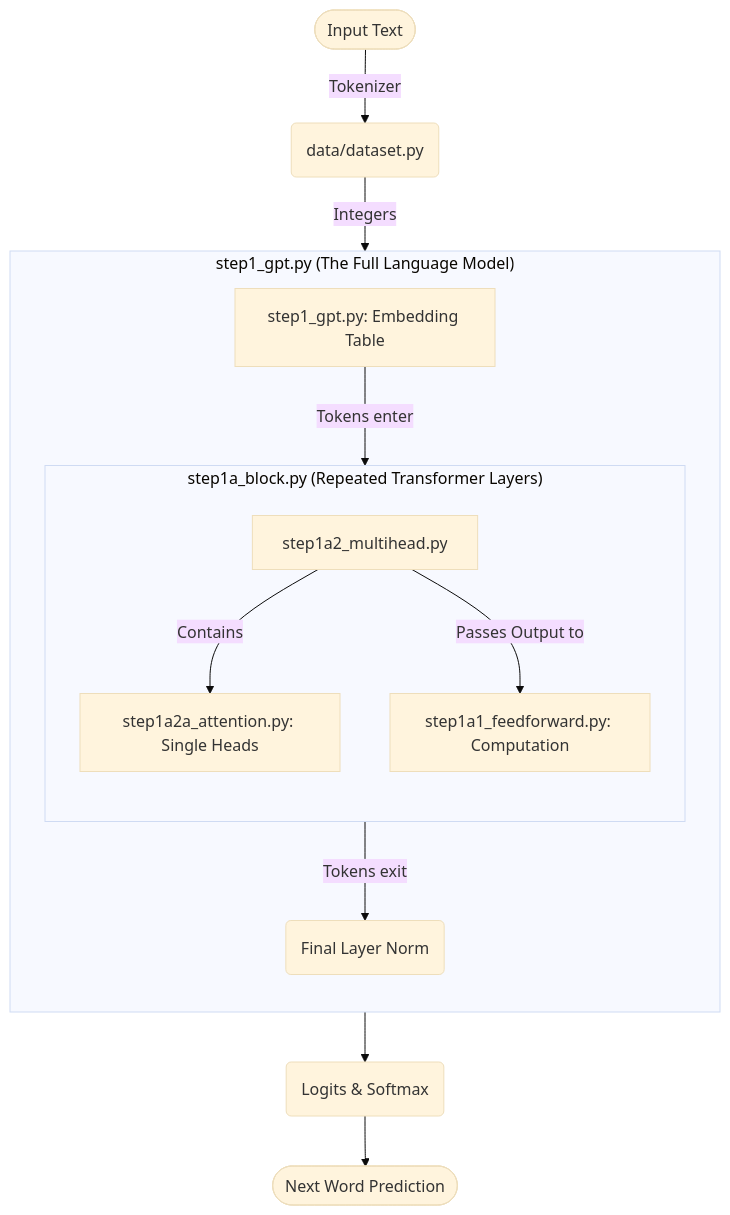
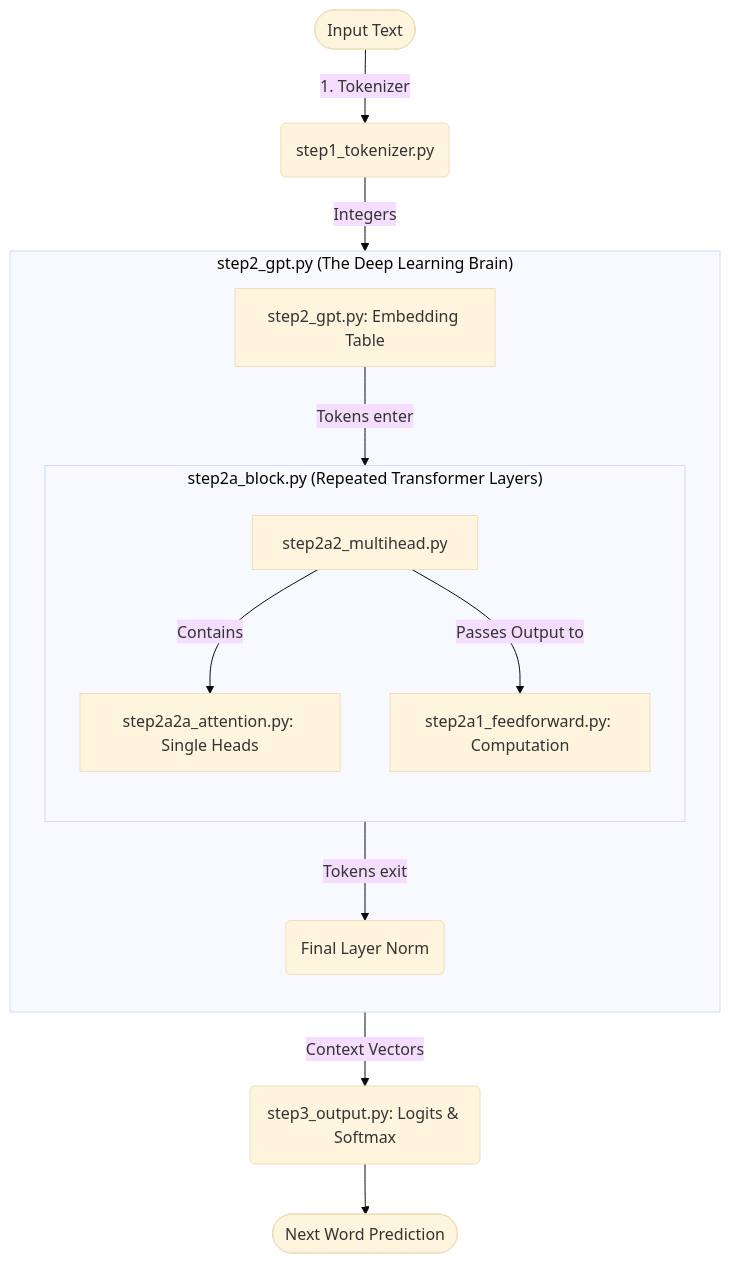
The first of 3 diagrams in walkthrough.md (Rabbit-CollectiveScience/nano-gpt), drawn with Mermaid (base theme) before and after one commit. The commit also changed other lines of this file and 10 other files, not shown here.

Commit message:
revise the flow to include tokenization and output

````diff
--- a/walkthrough.md
+++ b/walkthrough.md
@@ -9,28 +9,28 @@
 ```mermaid
 flowchart TD
     %% Base Data Processing
-    A([Input Text]) -->|Tokenizer| B(data/dataset.py)
-    B -->|Integers| C[step1_gpt.py: Embedding Table]
+    A([Input Text]) -->|1. Tokenizer| B(step1_tokenizer.py)
+    B -->|Integers| C[step2_gpt.py: Embedding Table]
     
     %% The hierarchical nesting of the models
-    subgraph "step1_gpt.py (The Full Language Model)"
+    subgraph "step2_gpt.py (The Deep Learning Brain)"
         direction TB
         
-        subgraph "step1a_block.py (Repeated Transformer Layers)"
+        subgraph "step2a_block.py (Repeated Transformer Layers)"
             direction TB
-            D[step1a2_multihead.py] 
-            E[step1a2a_attention.py: Single Heads]
-            F[step1a1_feedforward.py: Computation]
+            D[step2a2_multihead.py] 
+            E[step2a2a_attention.py: Single Heads]
+            F[step2a1_feedforward.py: Computation]
             
             D -->|Contains| E
             D -->|Passes Output to| F
         end
         
         C -->|Tokens enter| D
         F -->|Tokens exit| G(Final Layer Norm)
     end
     
     %% The Output
-    G --> H(Logits & Softmax)
+    G -->|Context Vectors| H(step3_output.py: Logits & Softmax)
     H --> I([Next Word Prediction])
 ```
````
